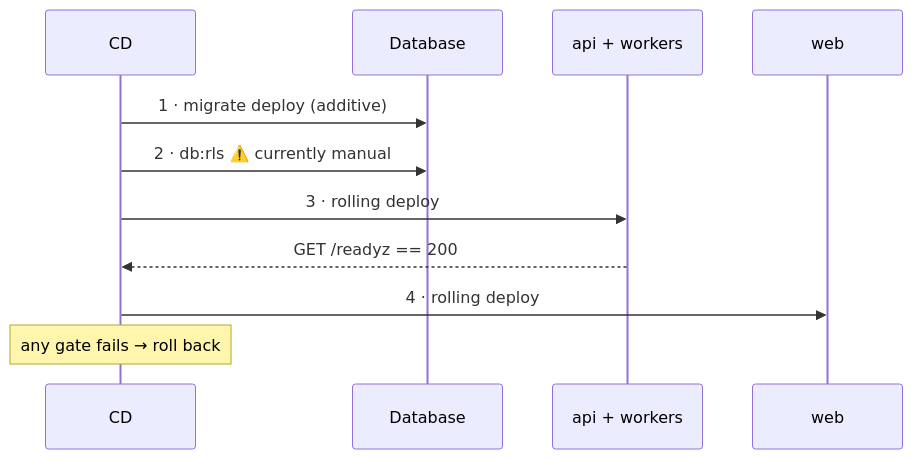
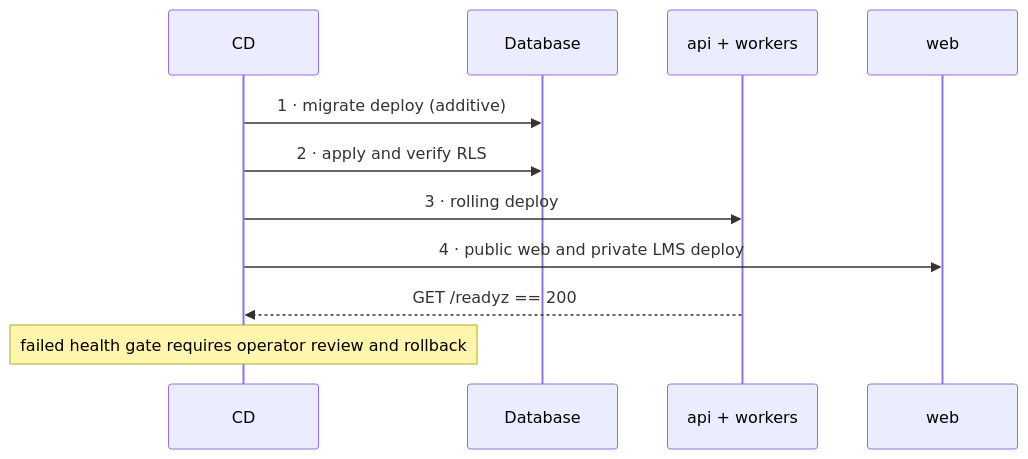
The fourth of 5 diagrams in docs/DEPLOYMENT.md (EngineerYourFuture/EYF), drawn with Mermaid before and after one commit. The commit also changed other lines of this file and 300 other files, not shown here.

First line of the commit message:
feat: complete private LMS workflows and production hardening

````diff
--- a/docs/DEPLOYMENT.md
+++ b/docs/DEPLOYMENT.md
@@ -245,13 +275,13 @@
 ```mermaid
 sequenceDiagram
     participant CD
     participant DB as Database
     participant API as api + workers
     participant WEB as web
     CD->>DB: 1 · migrate deploy (additive)
-    CD->>DB: 2 · db:rls  ⚠️ currently manual
+    CD->>DB: 2 · apply and verify RLS
     CD->>API: 3 · rolling deploy
+    CD->>WEB: 4 · public web and private LMS deploy
     API-->>CD: GET /readyz == 200
-    CD->>WEB: 4 · rolling deploy
-    Note over CD: any gate fails → roll back
+    Note over CD: failed health gate requires operator review and rollback
 ```
````
